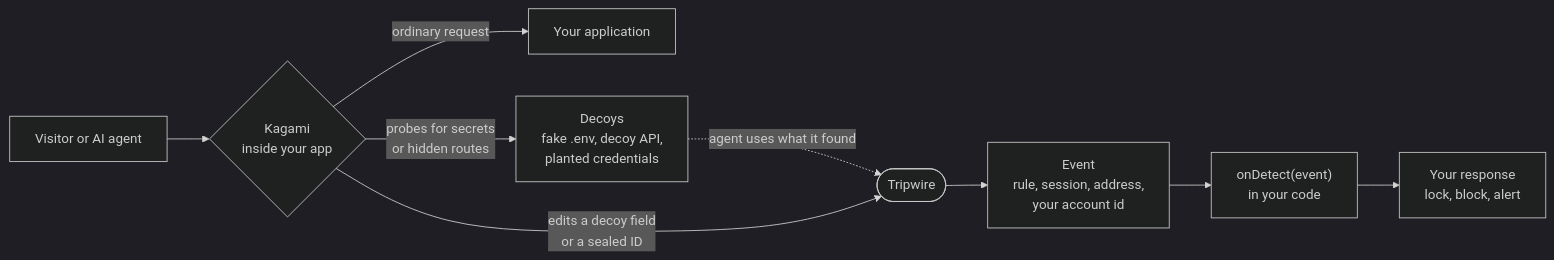
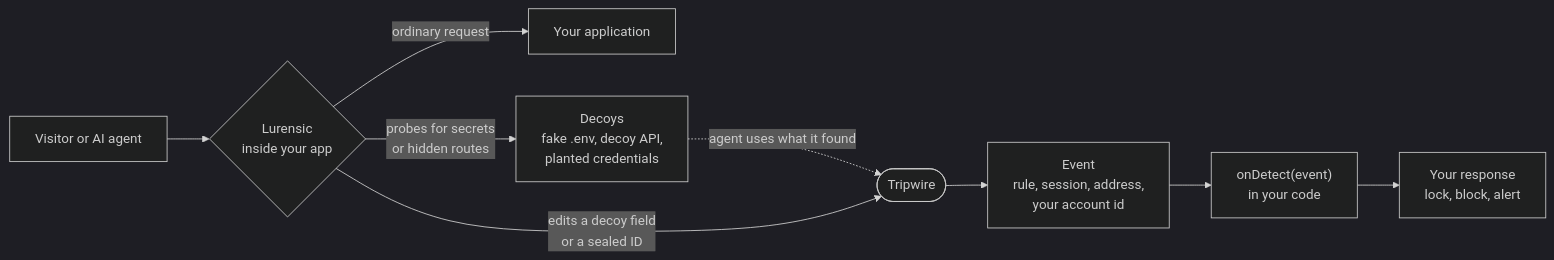
One commit to agenticslabs-xyz/lurensic changed the first of 2 diagrams in README.md. Above: the diagram before and after it, drawn with Mermaid (dark theme). The commit also changed other lines of this file and 88 other files, not shown here.

First line of the commit message:
Rename Kagami to Lurensic (#8)

````diff
--- a/README.md
+++ b/README.md
@@ -32,11 +30,11 @@
 ```mermaid
 flowchart LR
-    V["Visitor or AI agent"] --> K{"Kagami<br/>inside your app"}
+    V["Visitor or AI agent"] --> K{"Lurensic<br/>inside your app"}
     K -->|"ordinary request"| APP["Your application"]
     K -->|"probes for secrets<br/>or hidden routes"| D["Decoys<br/>fake .env, decoy API,<br/>planted credentials"]
     D -.->|"agent uses what it found"| T(["Tripwire"])
     K -->|"edits a decoy field<br/>or a sealed ID"| T
     T --> E["Event<br/>rule, session, address,<br/>your account id"]
     E --> CB["onDetect(event)<br/>in your code"]
     CB --> R["Your response<br/>lock, block, alert"]
 ```
````
